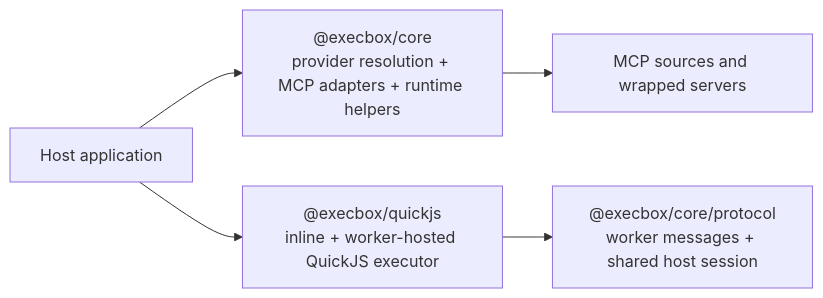
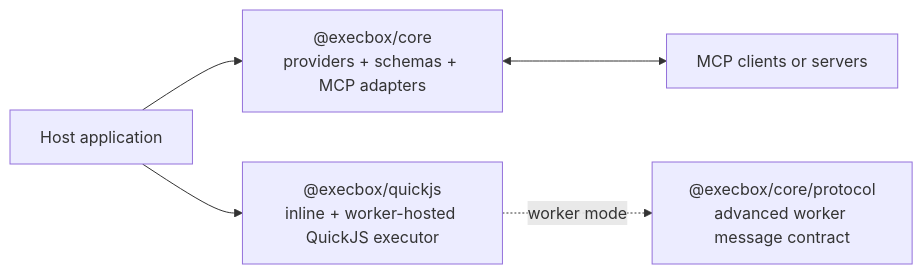
One commit to aallam/execbox changed the first of 2 diagrams in docs/src/content/docs/architecture/index.md. Above: the diagram before and after it, drawn with Mermaid. The commit also changed other lines of this file and 17 other files, not shown here.

````diff
--- a/docs/src/content/docs/architecture/index.md
+++ b/docs/src/content/docs/architecture/index.md
@@ -25,13 +11,13 @@
 ```mermaid
 flowchart LR
     APP["Host application"]
-    CORE["@execbox/core<br/>provider resolution + MCP adapters + runtime helpers"]
+    CORE["@execbox/core<br/>providers + schemas + MCP adapters"]
     QJS["@execbox/quickjs<br/>inline + worker-hosted QuickJS executor"]
-    PROTO["@execbox/core/protocol<br/>worker messages + shared host session"]
-    MCP["MCP sources and wrapped servers"]
+    MCP["MCP clients or servers"]
+    PROTO["@execbox/core/protocol<br/>advanced worker message contract"]
 
     APP --> CORE
     APP --> QJS
-    CORE --> MCP
-    QJS --> PROTO
+    CORE <--> MCP
+    QJS -. worker mode .-> PROTO
 ```
````
